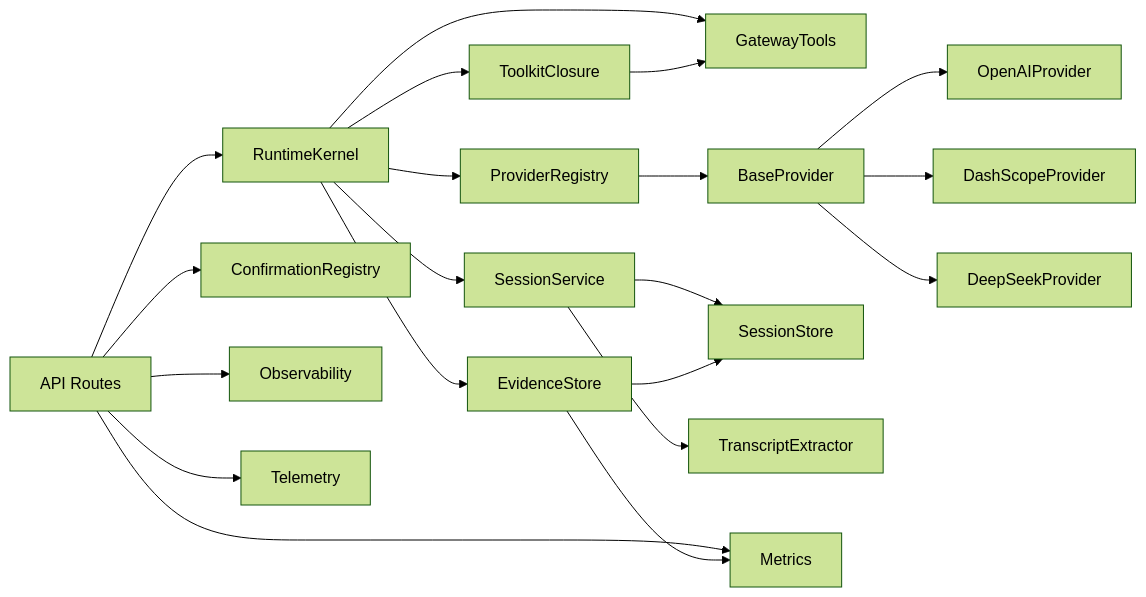
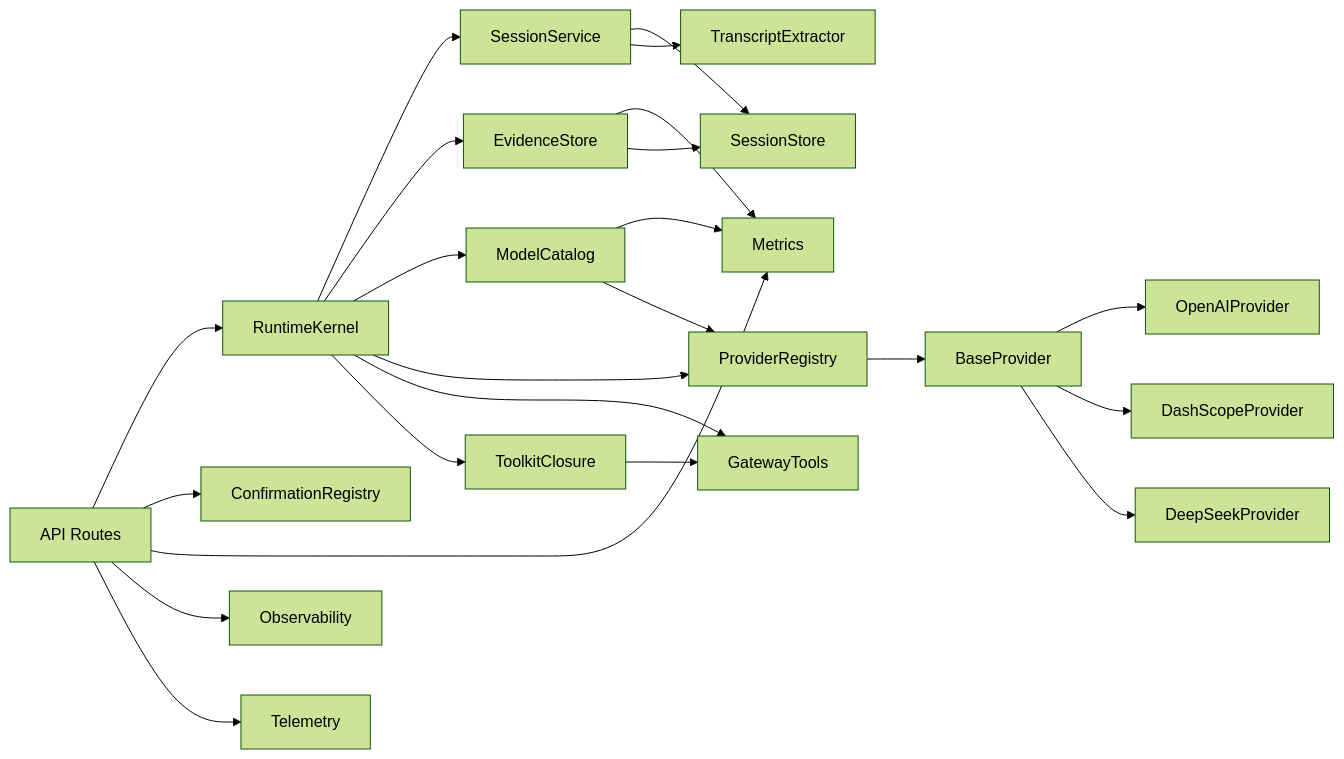
One commit to metasync/luban-aiops changed diagram 23 of 23 in .qoder/repowiki/en/content/Agent Platform Service/Agent Platform Service.md. Above: the diagram before and after it, drawn with Mermaid (forest theme). The commit also changed other lines of this file and 18 other files, not shown here.

````diff
--- a/.qoder/repowiki/en/content/Agent Platform Service/Agent Platform Service.md
+++ b/.qoder/repowiki/en/content/Agent Platform Service/Agent Platform Service.md
@@ -1248,22 +1377,25 @@
 ```mermaid
 graph LR
 API["API Routes"] --> Kernel["RuntimeKernel"]
 Kernel --> Session["SessionService"]
 Kernel --> Evidence["EvidenceStore"]
+Kernel --> ModelCat["ModelCatalog"]
 Kernel --> Registry["ProviderRegistry"]
 Kernel --> Tools["GatewayTools"]
 Kernel --> Closure["ToolkitClosure"]
 Registry --> Base["BaseProvider"]
 Base --> OpenAI["OpenAIProvider"]
 Base --> DashScope["DashScopeProvider"]
 Base --> DeepSeek["DeepSeekProvider"]
 Session --> Store["SessionStore"]
 Session --> Transcript["TranscriptExtractor"]
 API --> HITL["ConfirmationRegistry"]
 API --> Metrics["Metrics"]
 API --> Obs["Observability"]
 API --> Tel["Telemetry"]
 Closure --> Tools
 Evidence --> Metrics
 Evidence --> Store
+ModelCat --> Metrics
+ModelCat --> Registry
 ```
````
